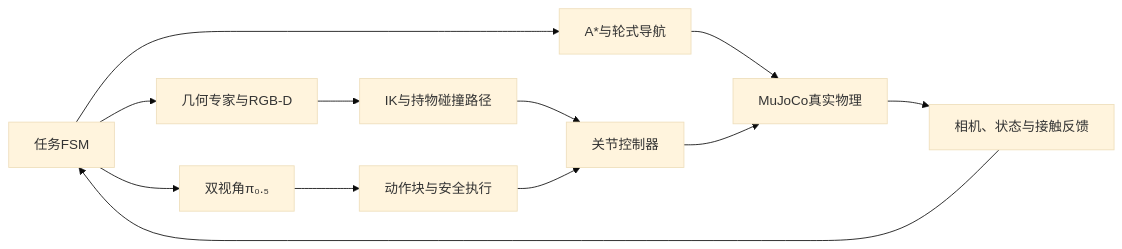
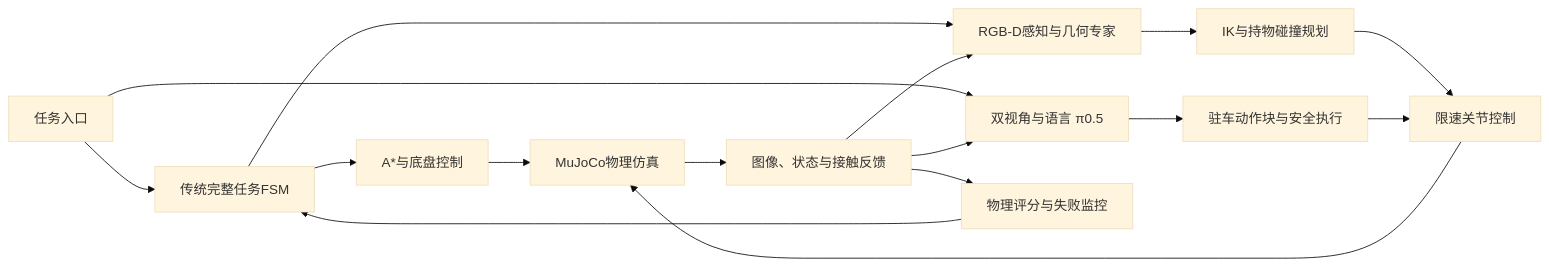
Before and after one commit to li2311675549/robot-vla: the diagram in README.md, drawn with Mermaid (base theme). The commit also changed other lines of this file and 1 other file, not shown here.

Commit message:
Explain architecture principles and traditional versus VLA execution paths

````diff
--- a/README.md
+++ b/README.md
@@ -36,14 +38,18 @@
 ```mermaid
 flowchart LR
-    TASK[任务FSM] --> NAV[A*与轮式导航]
-    TASK --> GEO[几何专家与RGB-D]
-    TASK --> VLA[双视角π₀.₅]
-    GEO --> IK[IK与持物碰撞路径]
-    VLA --> ACT[动作块与安全执行]
-    IK --> CTRL[关节控制器]
+    ENTRY[任务入口] --> FSM[传统完整任务FSM]
+    ENTRY --> VLA[双视角与语言 π0.5]
+    FSM --> NAV[A*与底盘控制]
+    FSM --> GEO[RGB-D感知与几何专家]
+    GEO --> PLAN[IK与持物碰撞规划]
+    PLAN --> CTRL[限速关节控制]
+    VLA --> ACT[驻车动作块与安全执行]
     ACT --> CTRL
-    NAV --> SIM[MuJoCo真实物理]
+    NAV --> SIM[MuJoCo物理仿真]
     CTRL --> SIM
-    SIM --> FEEDBACK[相机、状态与接触反馈]
-    FEEDBACK --> TASK
+    SIM --> OBS[图像、状态与接触反馈]
+    OBS --> GEO
+    OBS --> VLA
+    OBS --> CHECK[物理评分与失败监控]
+    CHECK --> FSM
 ```
````
